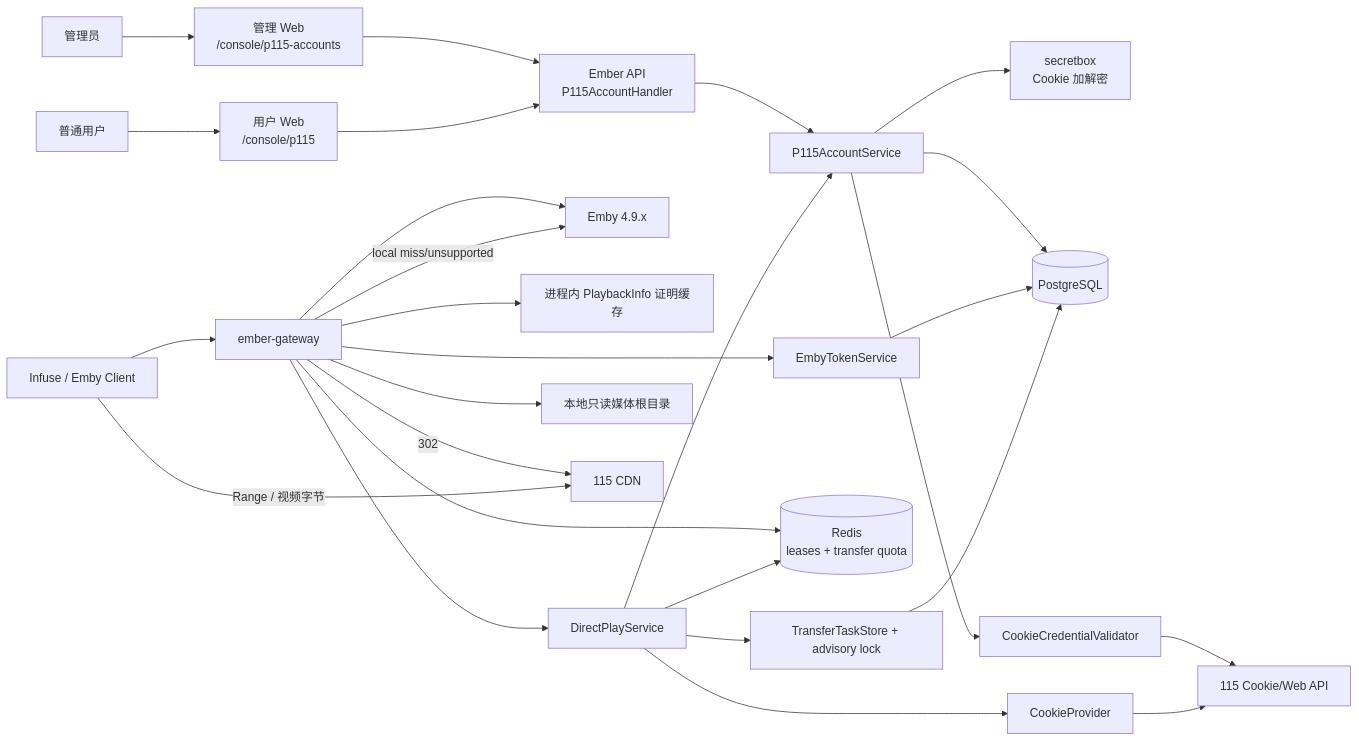
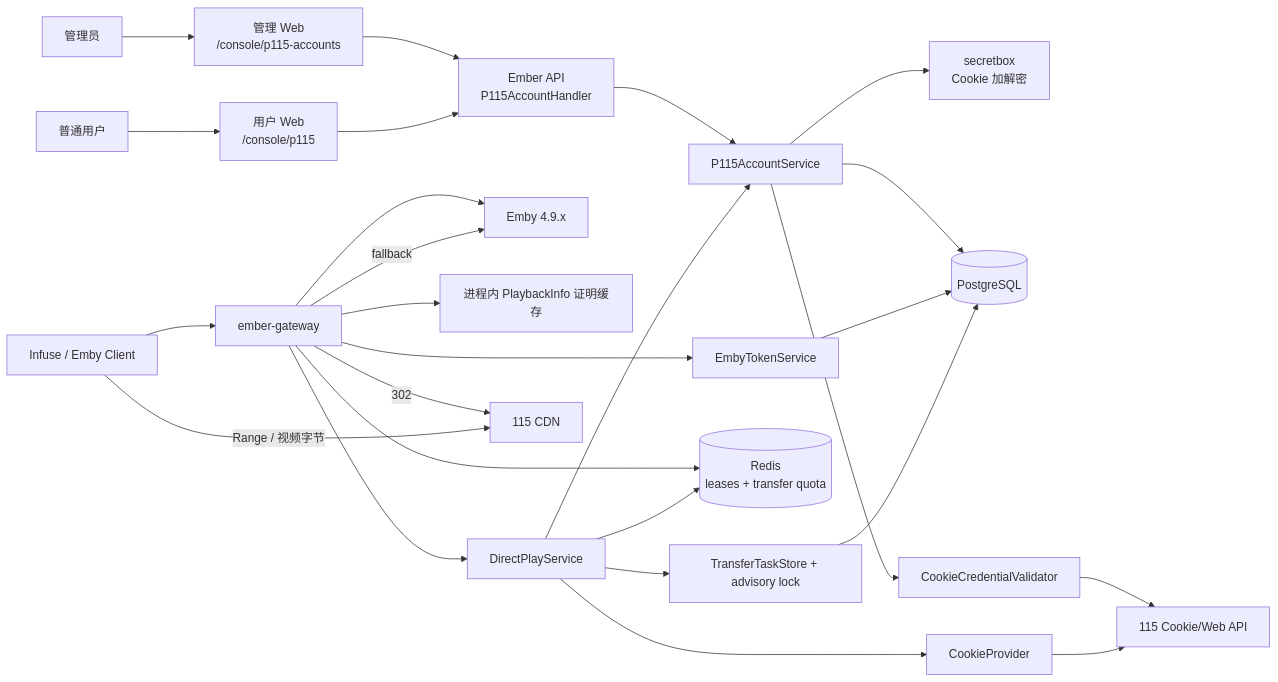
One commit to konghanghang/ember changed the first of 8 diagrams in docs/reference/p115-playback-end-to-end-flow.md. Above: the diagram before and after it, drawn with Mermaid. The commit also changed other lines of this file and 27 other files, not shown here.

````diff
--- a/docs/reference/p115-playback-end-to-end-flow.md
+++ b/docs/reference/p115-playback-end-to-end-flow.md
@@ -60,30 +56,29 @@
 ```mermaid
 flowchart LR
     Admin[管理员] --> Web[管理 Web<br/>/console/p115-accounts]
     User[普通用户] --> UserWeb[用户 Web<br/>/console/p115]
     Web --> API[Ember API<br/>P115AccountHandler]
     UserWeb --> API
     API --> AccountService[P115AccountService]
     AccountService --> Secretbox[secretbox<br/>Cookie 加解密]
     AccountService --> PG[(PostgreSQL)]
     AccountService --> Validator[CookieCredentialValidator]
     Validator --> P115[115 Cookie/Web API]
 
     Client[Infuse / Emby Client] --> Gateway[ember-gateway]
     Gateway --> TokenService[EmbyTokenService]
     TokenService --> PG
     Gateway --> Emby[Emby 4.9.x]
     Gateway --> Proof[进程内 PlaybackInfo 证明缓存]
     Gateway --> DirectPlay[DirectPlayService]
     Gateway --> Redis[(Redis<br/>leases + transfer quota)]
-    Gateway --> Local[本地只读媒体根目录]
     DirectPlay --> AccountService
     DirectPlay --> Redis
     DirectPlay --> TaskStore[TransferTaskStore + advisory lock]
     TaskStore --> PG
     DirectPlay --> Provider[CookieProvider]
     Provider --> P115
     Gateway -- 302 --> CDN[115 CDN]
     Client -- Range / 视频字节 --> CDN
-    Gateway -- local miss/unsupported --> Emby
+    Gateway -- fallback --> Emby
 ```
````
